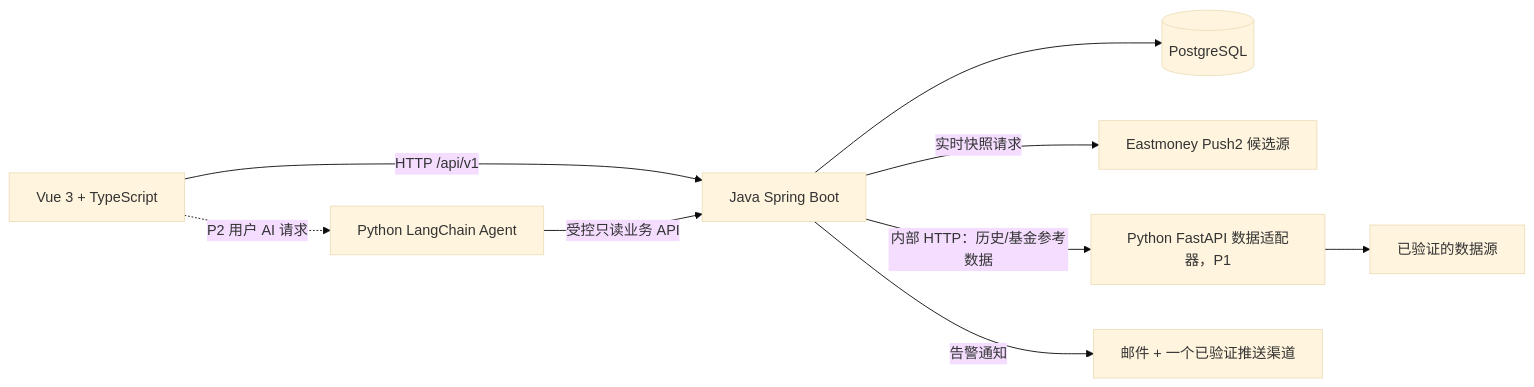
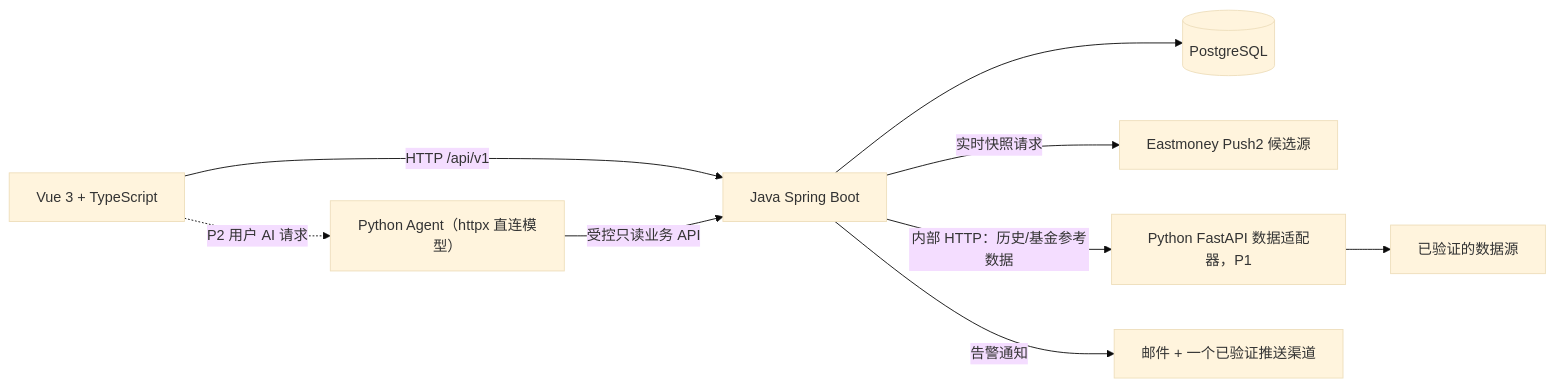
One commit to tangjieqin/stockcat changed the diagram in docs/ARCHITECTURE.md. Above: the diagram before and after it, drawn with Mermaid (base theme). The commit also changed other lines of this file and 26 other files, not shown here.

````diff
--- a/docs/ARCHITECTURE.md
+++ b/docs/ARCHITECTURE.md
@@ -10,11 +10,11 @@
 ```mermaid
 flowchart LR
   UI[Vue 3 + TypeScript] -->|HTTP /api/v1| JAVA[Java Spring Boot]
   JAVA --> DB[(PostgreSQL)]
   JAVA -->|实时快照请求| RT[Eastmoney Push2 候选源]
   JAVA -->|内部 HTTP：历史/基金参考数据| PYDATA[Python FastAPI 数据适配器，P1]
   PYDATA --> SRC[已验证的数据源]
-  UI -.->|P2 用户 AI 请求| AGENT[Python LangChain Agent]
+  UI -.->|P2 用户 AI 请求| AGENT[Python Agent（httpx 直连模型）]
   AGENT -->|受控只读业务 API| JAVA
   JAVA -->|告警通知| NOTICE[邮件 + 一个已验证推送渠道]
 ```
````
